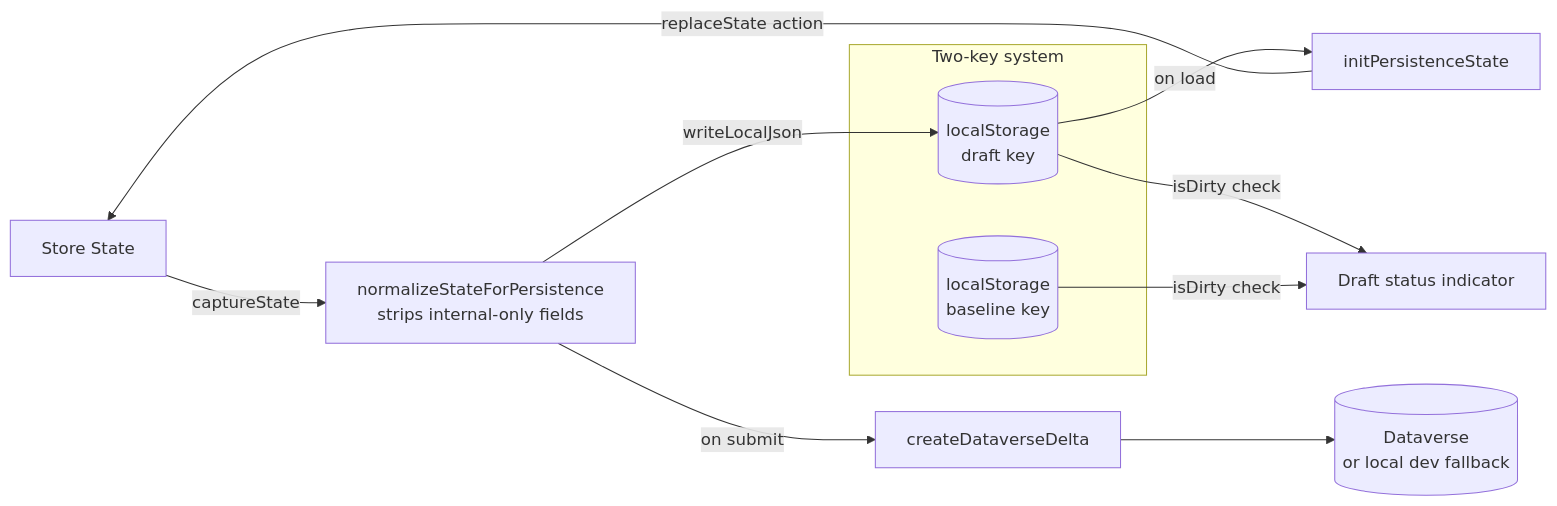
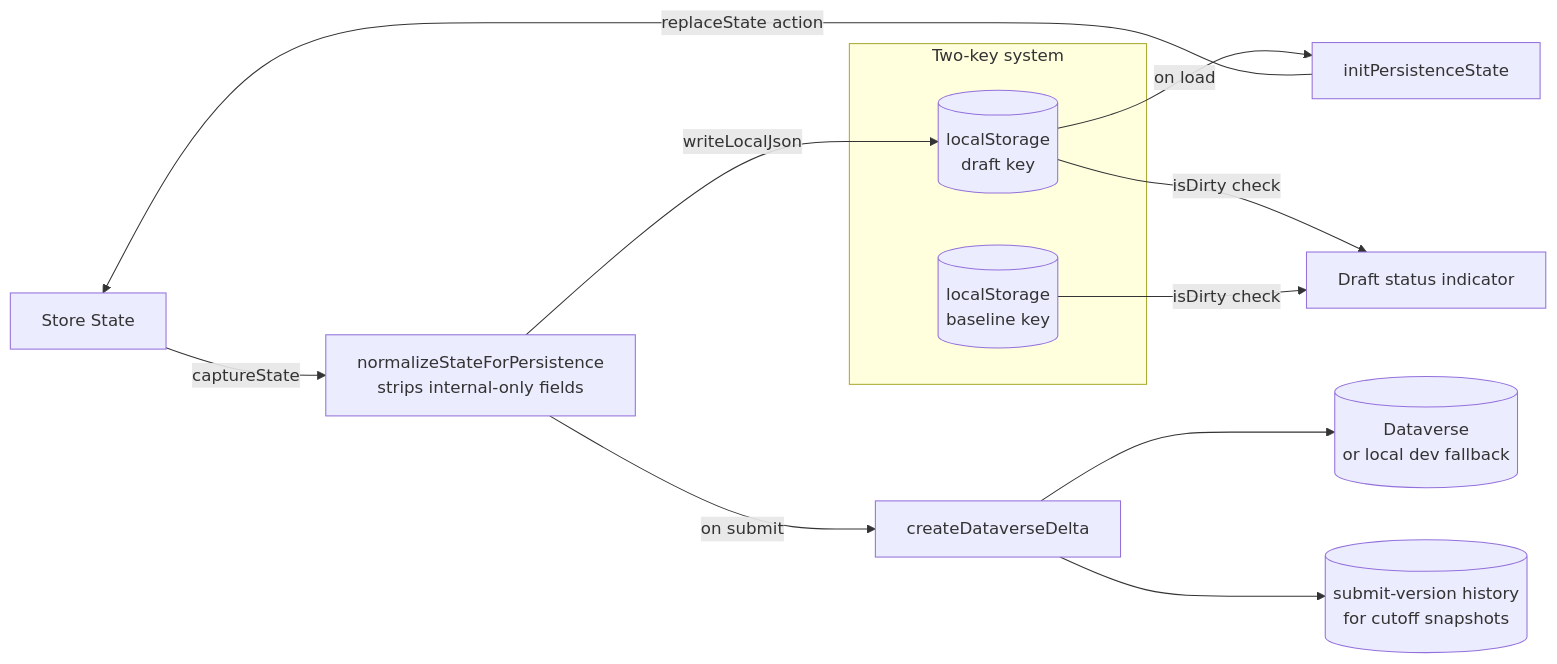
Before and after one commit to Mukul-Singhal/Project-Tracker: the second of 3 diagrams in README.md, drawn with Mermaid. The commit also changed other lines of this file and 6 other files, not shown here.

First line of the commit message:
feat: enhance project submission and timeline versioning

````diff
--- a/README.md
+++ b/README.md
@@ -94,17 +94,18 @@
 ```mermaid
 flowchart LR
     STORE[Store State] -->|captureState| NORM[normalizeStateForPersistence\nstrips internal-only fields]
     NORM -->|writeLocalJson| DRAFT[(localStorage\ndraft key)]
     NORM -->|on submit| DELTA[createDataverseDelta]
     DELTA --> DV[(Dataverse\nor local dev fallback)]
+    DELTA --> VERS[(submit-version history\nfor cutoff snapshots)]
     DRAFT -->|on load| INIT[initPersistenceState]
     INIT -->|replaceState action| STORE
 
     subgraph "Two-key system"
         DRAFT
         BASE[(localStorage\nbaseline key)]
     end
 
     DRAFT -->|isDirty check| DSTATUS[Draft status indicator]
     BASE -->|isDirty check| DSTATUS
 ```
````
